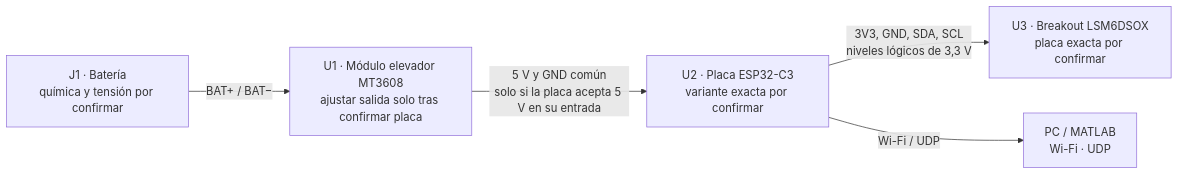
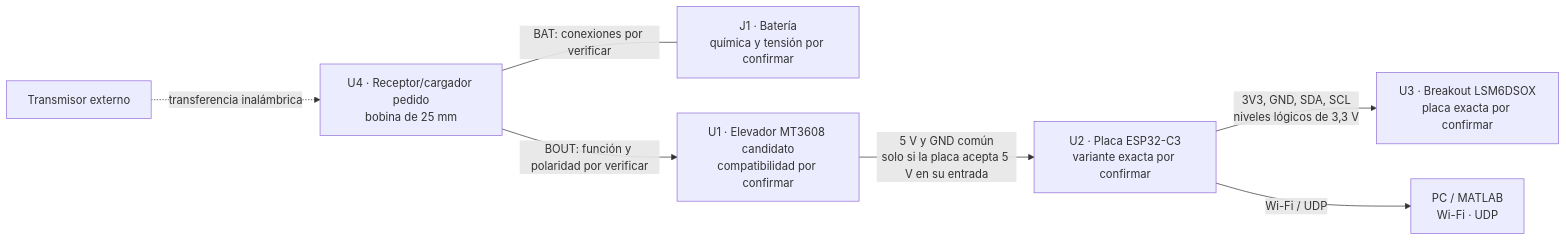
One commit to BrewGold/Doctorado-densimetro changed the diagram in docs/ESQUEMA_INICIAL_CONEXIONES.md. Above: the diagram before and after it, drawn with Mermaid. The commit also changed other lines of this file and 1 other file, not shown here.

Commit message:
Document wireless charging and boost converter

````diff
--- a/docs/ESQUEMA_INICIAL_CONEXIONES.md
+++ b/docs/ESQUEMA_INICIAL_CONEXIONES.md
@@ -11,13 +11,17 @@
 ```mermaid
 flowchart LR
+    TX["Transmisor externo"]
+    RX["U4 · Receptor/cargador pedido<br/>bobina de 25 mm"]
     BAT["J1 · Batería<br/>química y tensión por confirmar"]
-    BOOST["U1 · Módulo elevador MT3608<br/>ajustar salida solo tras confirmar placa"]
+    BOOST["U1 · Elevador MT3608 candidato<br/>compatibilidad por confirmar"]
     MCU["U2 · Placa ESP32-C3<br/>variante exacta por confirmar"]
     IMU["U3 · Breakout LSM6DSOX<br/>placa exacta por confirmar"]
     PC["PC / MATLAB<br/>Wi-Fi · UDP"]
 
-    BAT -- "BAT+ / BAT−" --> BOOST
+    TX -. "transferencia inalámbrica" .-> RX
+    RX ---|"BAT: conexiones por verificar"| BAT
+    RX -- "BOUT: función y polaridad por verificar" --> BOOST
     BOOST -- "5 V y GND común<br/>solo si la placa acepta 5 V en su entrada" --> MCU
     MCU -- "3V3, GND, SDA, SCL<br/>niveles lógicos de 3,3 V" --> IMU
     MCU -- "Wi-Fi / UDP" --> PC
 ```
````
